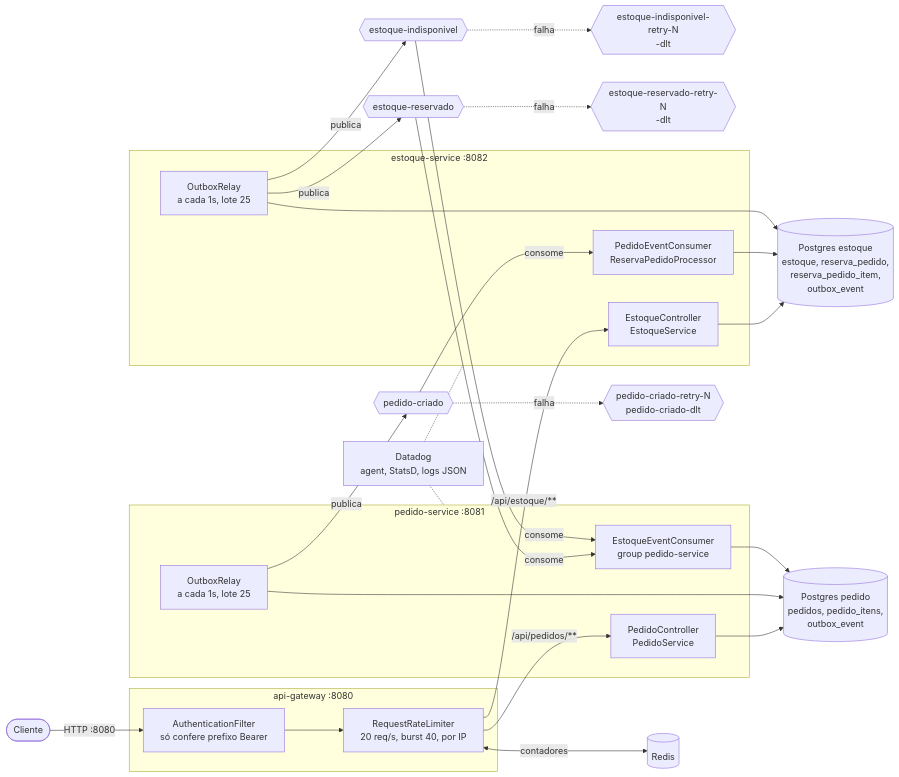
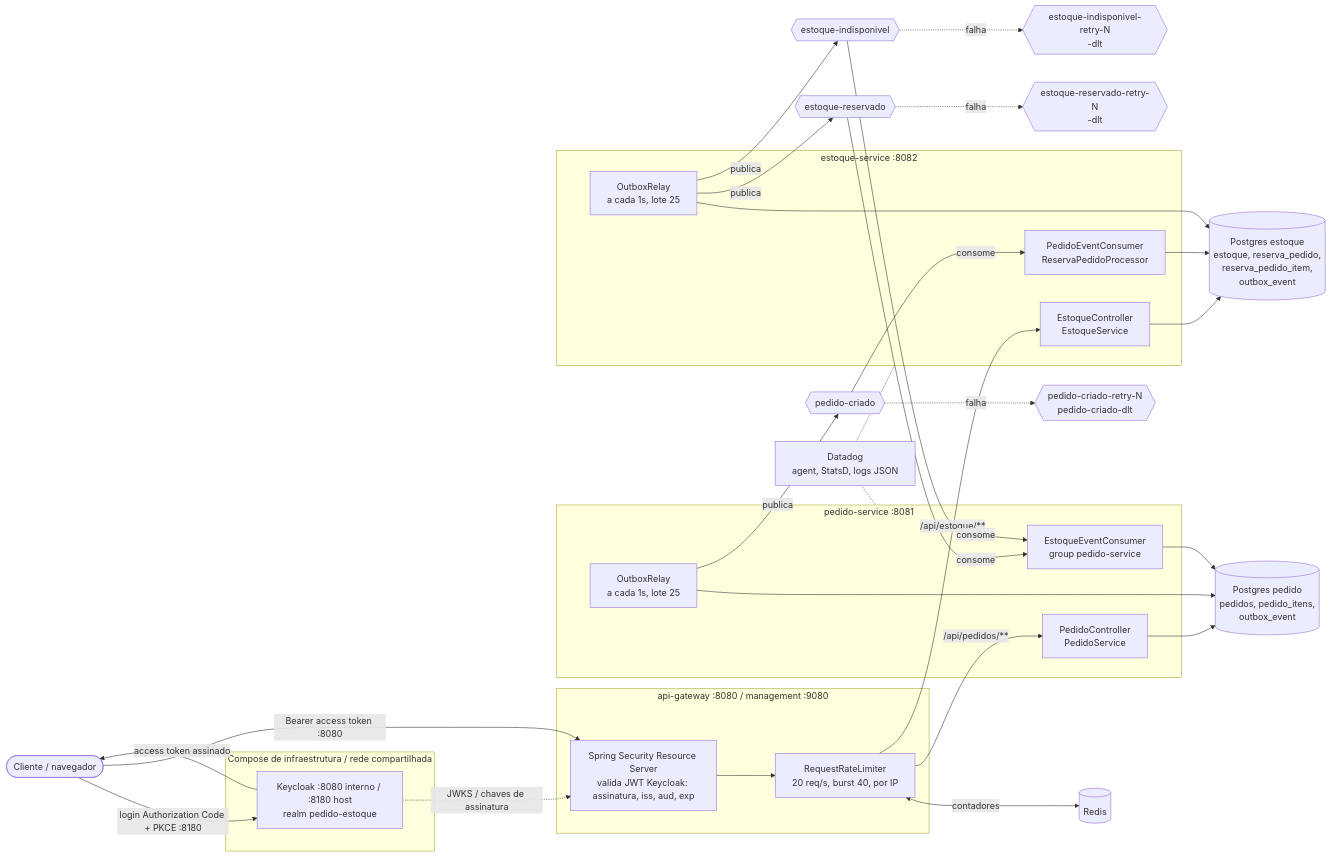
The first of 6 diagrams in docs/arquitetura.md (rodrigonascimento001/pedido-estoque-system-app), drawn with Mermaid before and after one commit. The commit also changed other lines of this file and 29 other files, not shown here.

Commit message:
feat: secure gateway APIs with Keycloak

````diff
--- a/docs/arquitetura.md
+++ b/docs/arquitetura.md
@@ -9,37 +9,43 @@
 ```mermaid
 flowchart LR
-  C([Cliente]) -->|"HTTP :8080"| GW
-  subgraph GWB["api-gateway :8080"]
-    GW["AuthenticationFilter<br/>só confere prefixo Bearer"] --> RL["RequestRateLimiter<br/>20 req/s, burst 40, por IP"]
+  C([Cliente / navegador]) -->|"login Authorization Code + PKCE :8180"| KC
+  KC -->|"access token assinado"| C
+  C -->|"Bearer access token :8080"| GW
+  subgraph GWB["api-gateway :8080 / management :9080"]
+    GW["Spring Security Resource Server<br/>valida JWT Keycloak: assinatura, iss, aud, exp"] --> RL["RequestRateLimiter<br/>20 req/s, burst 40, por IP"]
   end
   RL <-->|"contadores"| R[("Redis")]
   RL -->|"/api/pedidos/**"| PS
   RL -->|"/api/estoque/**"| ES
+  subgraph INFRA["Compose de infraestrutura / rede compartilhada"]
+    KC["Keycloak :8080 interno / :8180 host<br/>realm pedido-estoque"]
+  end
+  KC -.->|"JWKS / chaves de assinatura"| GW
   subgraph PSB["pedido-service :8081"]
     PS["PedidoController<br/>PedidoService"]
     PO["OutboxRelay<br/>a cada 1s, lote 25"]
     PC["EstoqueEventConsumer<br/>group pedido-service"]
   end
   subgraph ESB["estoque-service :8082"]
     ES["EstoqueController<br/>EstoqueService"]
     EC["PedidoEventConsumer<br/>ReservaPedidoProcessor"]
     EO["OutboxRelay<br/>a cada 1s, lote 25"]
   end
   PS --> PDB[("Postgres pedido<br/>pedidos, pedido_itens,<br/>outbox_event")]
   PO --> PDB
   PC --> PDB
   ES --> EDB[("Postgres estoque<br/>estoque, reserva_pedido,<br/>reserva_pedido_item,<br/>outbox_event")]
   EC --> EDB
   EO --> EDB
   PO -->|"publica"| T1{{"pedido-criado"}}
   T1 -->|"consome"| EC
   EO -->|"publica"| T2{{"estoque-reservado"}}
   EO -->|"publica"| T3{{"estoque-indisponivel"}}
   T2 -->|"consome"| PC
   T3 -->|"consome"| PC
   T1 -.->|"falha"| D1{{"pedido-criado-retry-N<br/>pedido-criado-dlt"}}
   T2 -.->|"falha"| D2{{"estoque-reservado-retry-N<br/>-dlt"}}
   T3 -.->|"falha"| D3{{"estoque-indisponivel-retry-N<br/>-dlt"}}
   DD["Datadog<br/>agent, StatsD, logs JSON"] -.- PSB
   DD -.- ESB
 ```
````
